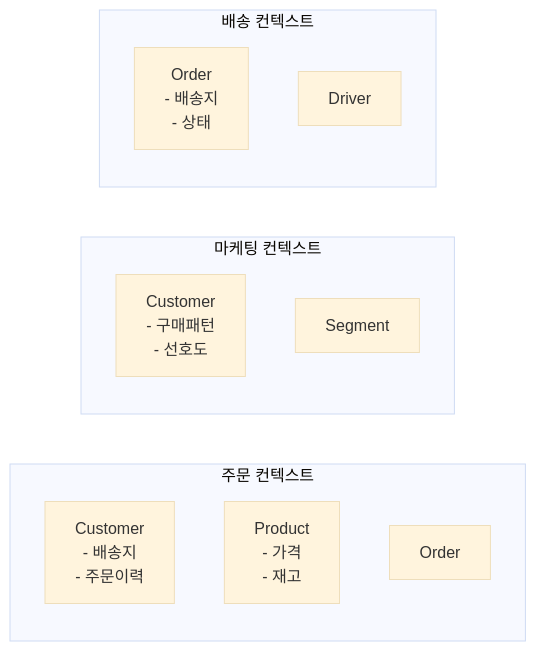
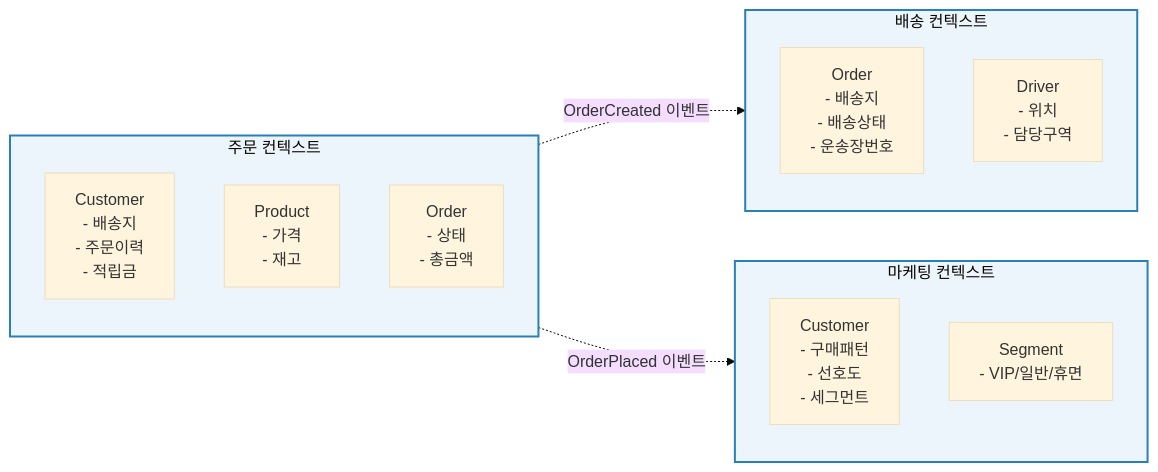
The second of 7 diagrams in _posts/architecture/2026-05-01-ddd.md (yjkim2015/yjkim2015.github.io), drawn with Mermaid (base theme) before and after one commit. The commit also changed other lines of this file and 32 other files, not shown here.

```diff
--- a/_posts/architecture/2026-05-01-ddd.md
+++ b/_posts/architecture/2026-05-01-ddd.md
@@ -65,16 +105,27 @@
 <div class="mermaid">
 graph LR
     subgraph ORDER["주문 컨텍스트"]
-        O_Customer[Customer<br>- 배송지<br>- 주문이력]
-        O_Product[Product<br>- 가격<br>- 재고]
-        O_Order[Order]
+        direction TB
+        O_Customer["Customer\n- 배송지\n- 주문이력\n- 적립금"]
+        O_Product["Product\n- 가격\n- 재고"]
+        O_Order["Order\n- 상태\n- 총금액"]
     end
+
     subgraph MARKETING["마케팅 컨텍스트"]
-        M_Customer[Customer<br>- 구매패턴<br>- 선호도]
-        M_Segment[Segment]
+        direction TB
+        M_Customer["Customer\n- 구매패턴\n- 선호도\n- 세그먼트"]
+        M_Segment["Segment\n- VIP/일반/휴면"]
     end
+
     subgraph SHIPPING["배송 컨텍스트"]
-        D_Order[Order<br>- 배송지<br>- 상태]
-        D_Driver[Driver]
+        direction TB
+        D_Order["Order\n- 배송지\n- 배송상태\n- 운송장번호"]
+        D_Driver["Driver\n- 위치\n- 담당구역"]
     end
+
+    ORDER -.->|"OrderCreated 이벤트"| SHIPPING
+    ORDER -.->|"OrderPlaced 이벤트"| MARKETING
+
+    classDef context fill:#EBF5FB,stroke:#2980B9,stroke-width:2px
+    class ORDER,MARKETING,SHIPPING context
 </div>
```
